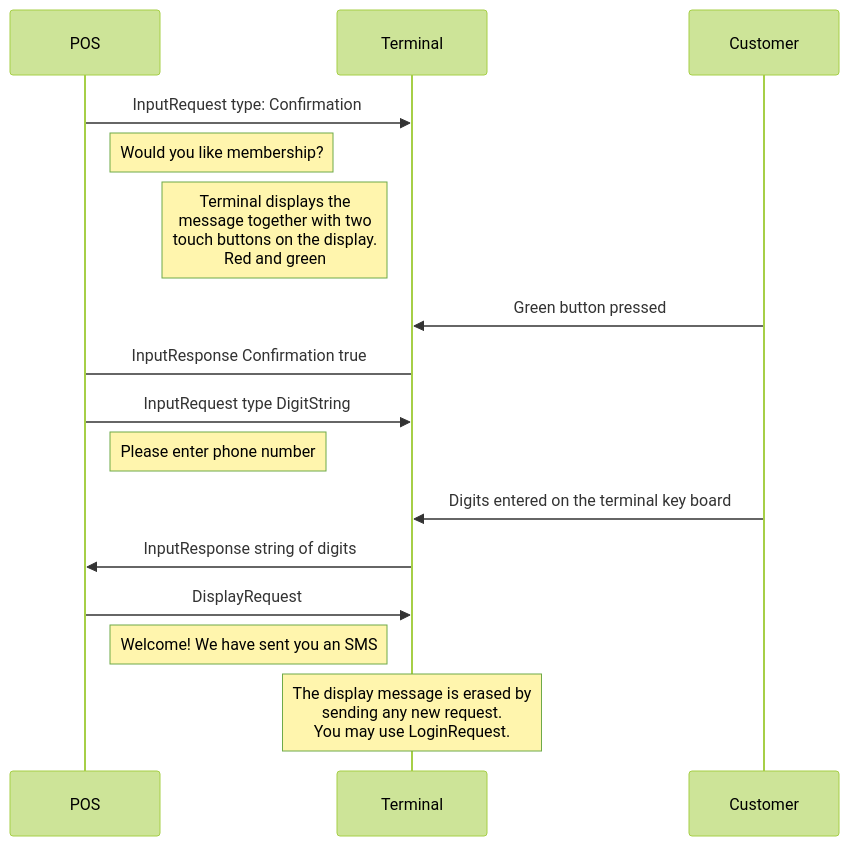
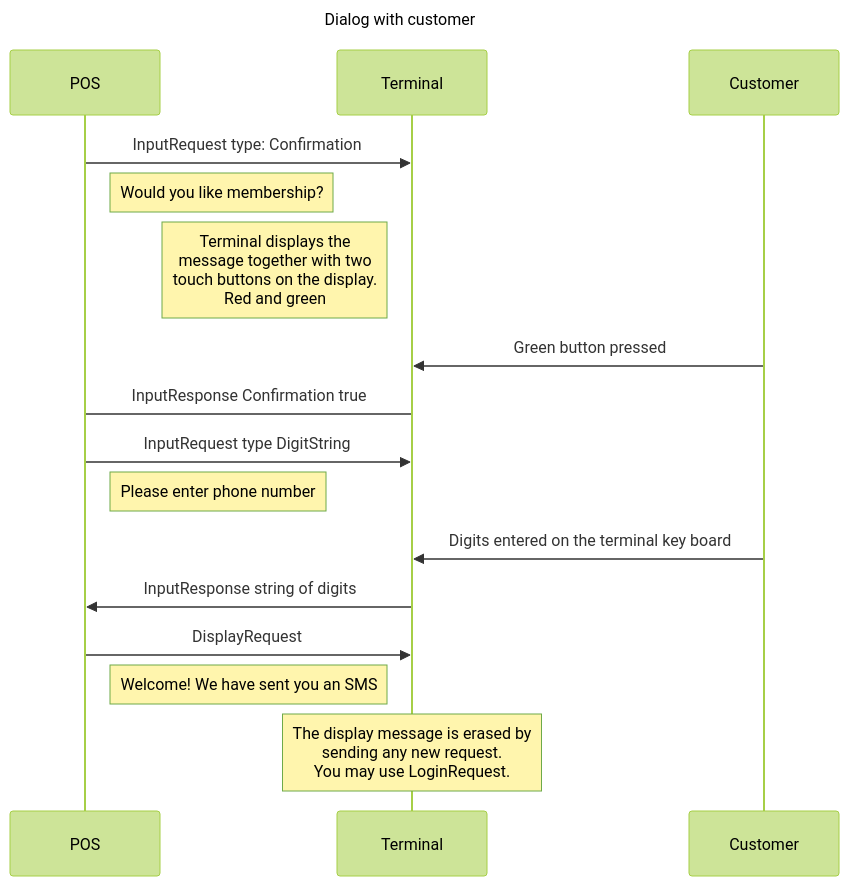
Before and after one commit to SwedbankPay/developer.swedbankpay.com: the diagram in pax-terminal/Nexo-Retailer/dialog-in-terminal.md, drawn with Mermaid (forest theme). The commit also changed other lines of this file and 66 other files, not shown here.

Commit message:
Added titles in sequence diagrams

````diff
--- a/pax-terminal/Nexo-Retailer/dialog-in-terminal.md
+++ b/pax-terminal/Nexo-Retailer/dialog-in-terminal.md
@@ -9,18 +9,19 @@
 ```mermaid
 sequenceDiagram
+title: Dialog with customer
 participant POS
 participant Terminal
 participant Customer
 POS->>Terminal: InputRequest type: Confirmation
 Note right of POS: Would you like membership?
-Note left of Terminal: Terminal displays the<br/>message together with two<br/>touch buttons on the display.<br/>Red and green 
+Note left of Terminal: Terminal displays the<br/>message together with two<br/>touch buttons on the display.<br/>Red and green
 Customer->>Terminal: Green button pressed
 Terminal->POS: InputResponse Confirmation true
 POS->>Terminal: InputRequest type DigitString
 Note right of POS: Please enter phone number
 Customer->>Terminal: Digits entered on the terminal key board
 Terminal->>POS: InputResponse string of digits
 POS->>Terminal: DisplayRequest
 Note right of POS: Welcome! We have sent you an SMS
 Note over Terminal: The display message is erased by<br/>sending any new request.<br/>You may use LoginRequest.
 ```
````
